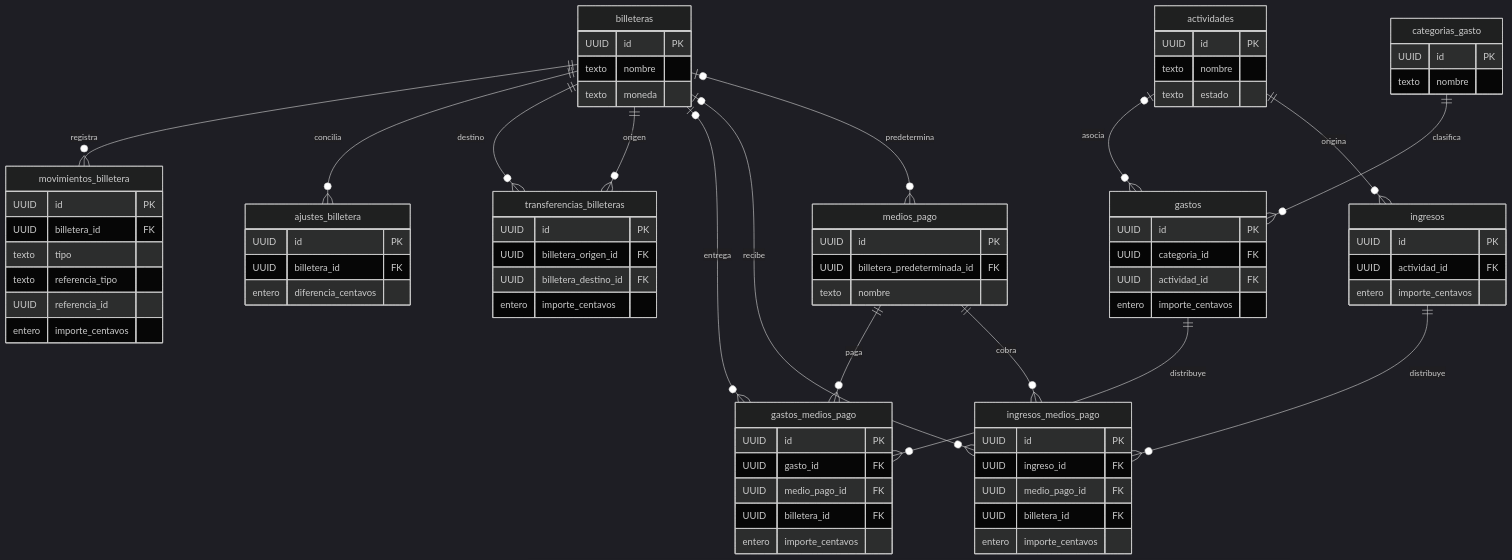
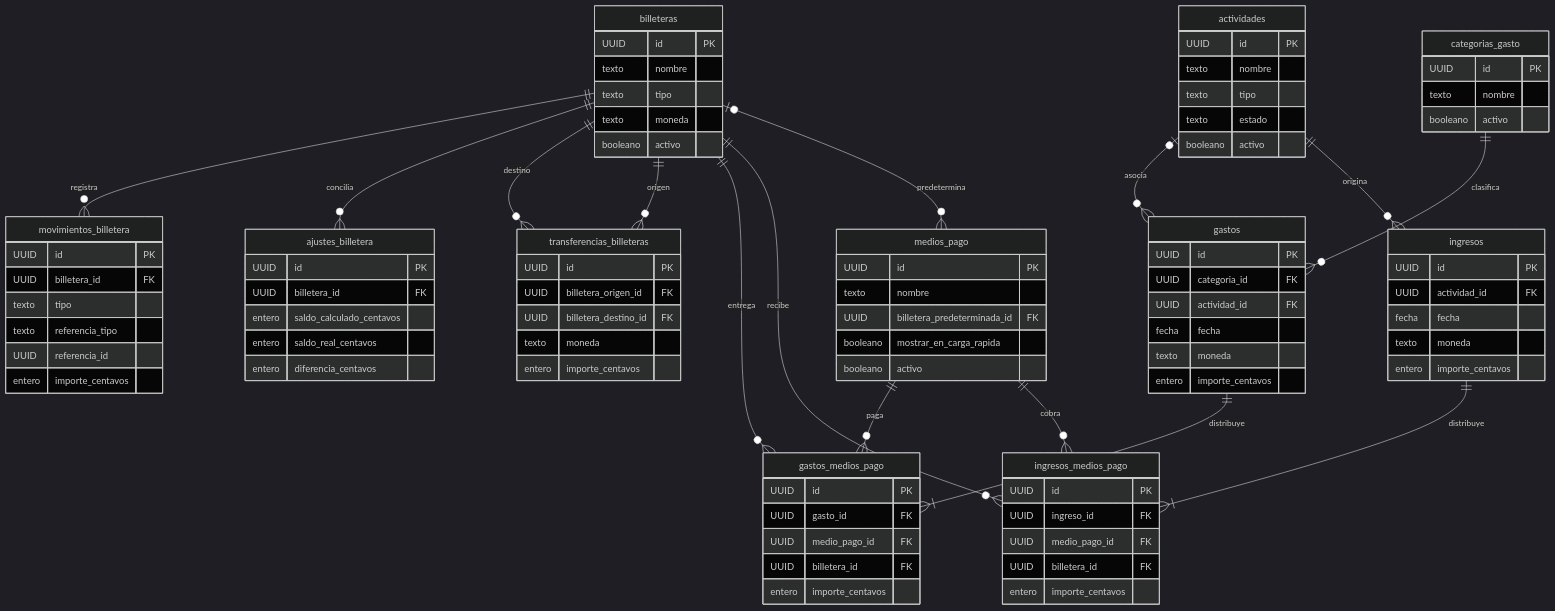
The diagram in docs/MODELO_DATOS.md (jhoasil/AppBilletera), drawn with Mermaid (dark theme) before and after one commit. The commit also changed other lines of this file and 7 other files, not shown here.

````diff
--- a/docs/MODELO_DATOS.md
+++ b/docs/MODELO_DATOS.md
@@ -56,29 +1719,44 @@
 ```mermaid
 erDiagram
+
     actividades {
         UUID id PK
         texto nombre
+        texto tipo
         texto estado
+        booleano activo
     }
+
     categorias_gasto {
         UUID id PK
         texto nombre
+        booleano activo
     }
+
     billeteras {
         UUID id PK
         texto nombre
+        texto tipo
         texto moneda
+        booleano activo
     }
+
     medios_pago {
         UUID id PK
+        texto nombre
         UUID billetera_predeterminada_id FK
-        texto nombre
+        booleano mostrar_en_carga_rapida
+        booleano activo
     }
+
     ingresos {
         UUID id PK
         UUID actividad_id FK
+        fecha fecha
+        texto moneda
         entero importe_centavos
     }
+
     ingresos_medios_pago {
         UUID id PK
         UUID ingreso_id FK
@@ -86,12 +1764,16 @@
         UUID billetera_id FK
         entero importe_centavos
     }
+
     gastos {
         UUID id PK
         UUID categoria_id FK
         UUID actividad_id FK
+        fecha fecha
+        texto moneda
         entero importe_centavos
     }
+
     gastos_medios_pago {
         UUID id PK
         UUID gasto_id FK
@@ -99,17 +1781,23 @@
         UUID billetera_id FK
         entero importe_centavos
     }
+
     transferencias_billeteras {
         UUID id PK
         UUID billetera_origen_id FK
         UUID billetera_destino_id FK
+        texto moneda
         entero importe_centavos
     }
+
     ajustes_billetera {
         UUID id PK
         UUID billetera_id FK
+        entero saldo_calculado_centavos
+        entero saldo_real_centavos
         entero diferencia_centavos
     }
+
     movimientos_billetera {
         UUID id PK
         UUID billetera_id FK
@@ -118,18 +1806,32 @@
         UUID referencia_id
         entero importe_centavos
     }
+
     actividades ||--o{ ingresos : origina
+
     actividades o|--o{ gastos : asocia
+
     categorias_gasto ||--o{ gastos : clasifica
+
     billeteras o|--o{ medios_pago : predetermina
-    ingresos ||--o{ ingresos_medios_pago : distribuye
-    gastos ||--o{ gastos_medios_pago : distribuye
+
+    ingresos ||--|{ ingresos_medios_pago : distribuye
+
+    gastos ||--|{ gastos_medios_pago : distribuye
+
     medios_pago ||--o{ ingresos_medios_pago : cobra
+
     medios_pago ||--o{ gastos_medios_pago : paga
-    billeteras o|--o{ ingresos_medios_pago : recibe
-    billeteras o|--o{ gastos_medios_pago : entrega
+
+    billeteras ||--o{ ingresos_medios_pago : recibe
+
+    billeteras ||--o{ gastos_medios_pago : entrega
+
     billeteras ||--o{ transferencias_billeteras : origen
+
     billeteras ||--o{ transferencias_billeteras : destino
+
     billeteras ||--o{ ajustes_billetera : concilia
+
     billeteras ||--o{ movimientos_billetera : registra
 ```
````
